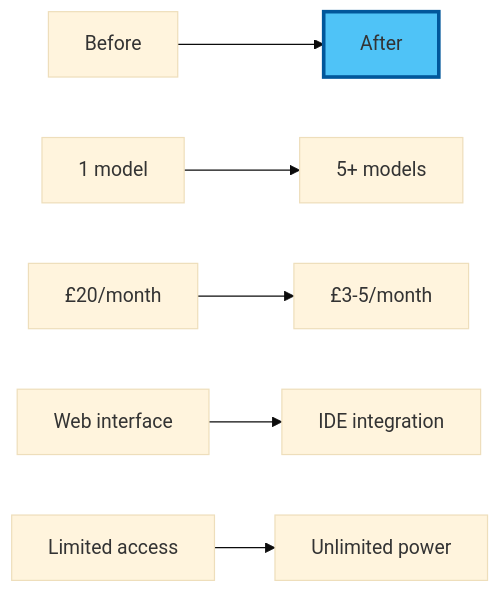
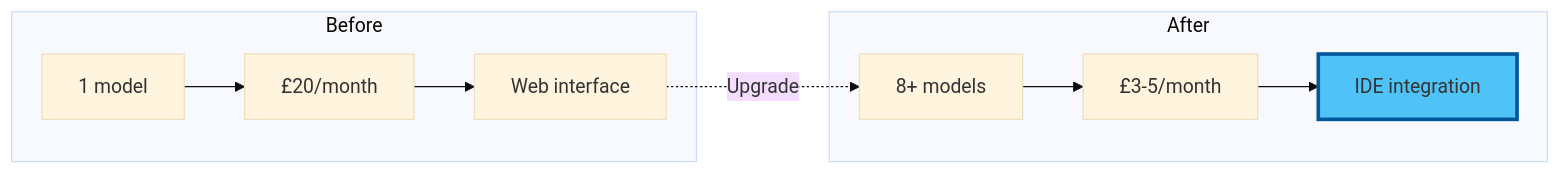
The second of 2 diagrams in public/data/workshops/workshop-02-morning-ai-api-access/02_hands_on.md (DreamLab-AI/dreamlab-ai-website), drawn with Mermaid (base theme) before and after one commit. The commit also changed other lines of this file and 73 other files, not shown here.

````diff
--- a/public/data/workshops/workshop-02-morning-ai-api-access/02_hands_on.md
+++ b/public/data/workshops/workshop-02-morning-ai-api-access/02_hands_on.md
@@ -483,11 +573,14 @@
 ```mermaid
 graph LR
-    A[Before] --> B[After]
-    
-    A1[1 model] --> B1[5+ models]
-    A2[£20/month] --> B2[£3-5/month]
-    A3[Web interface] --> B3[IDE integration]
-    A4[Limited access] --> B4[Unlimited power]
-    
-    style B fill:#4fc3f7,stroke:#01579b,stroke-width:3px
+    subgraph Before
+        A1[1 model] --> A2[£20/month] --> A3[Web interface]
+    end
+
+    subgraph After
+        B1[8+ models] --> B2[£3-5/month] --> B3[IDE integration]
+    end
+
+    A3 -.Upgrade.-> B1
+
+    style B3 fill:#4fc3f7,stroke:#01579b,stroke-width:3px
 ```
````
